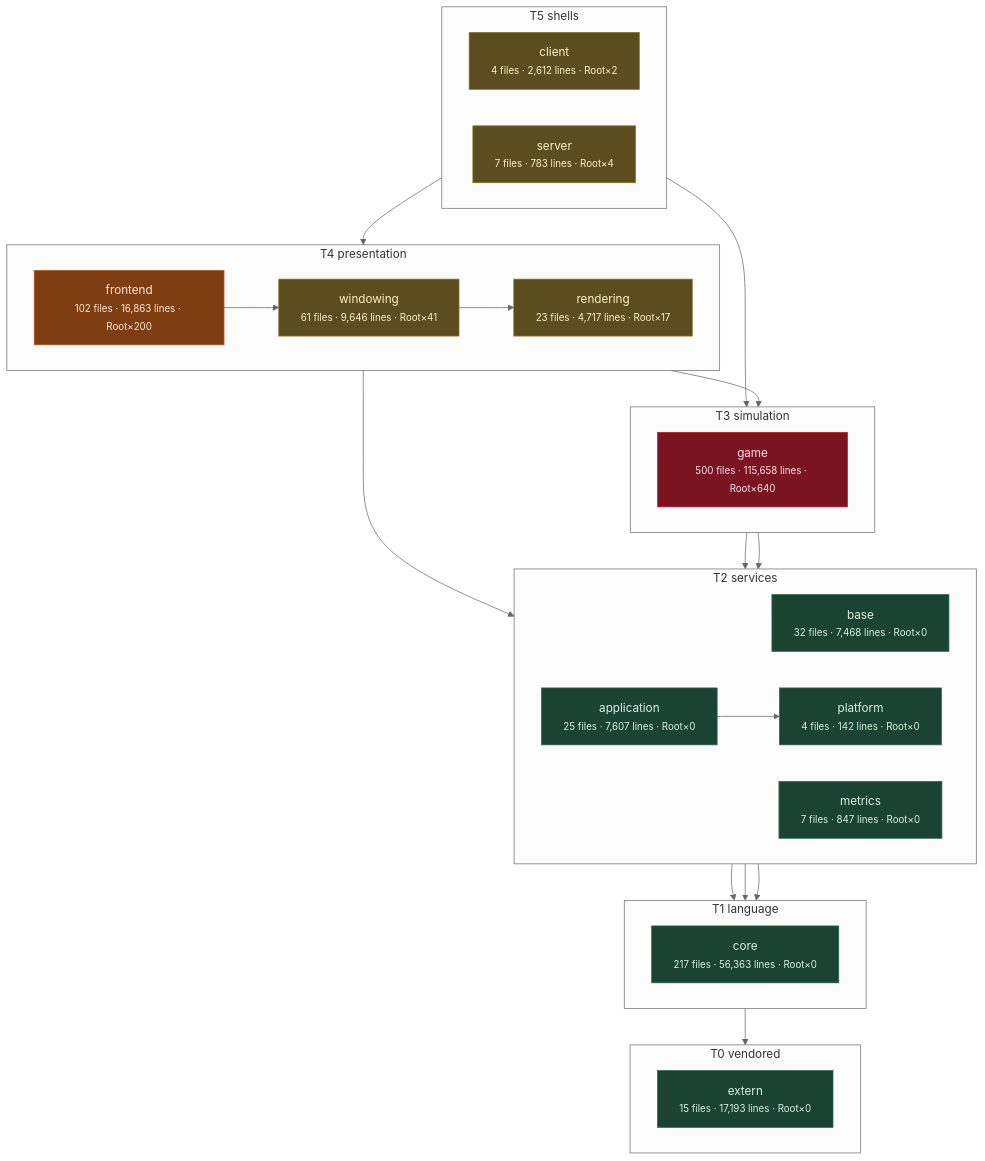
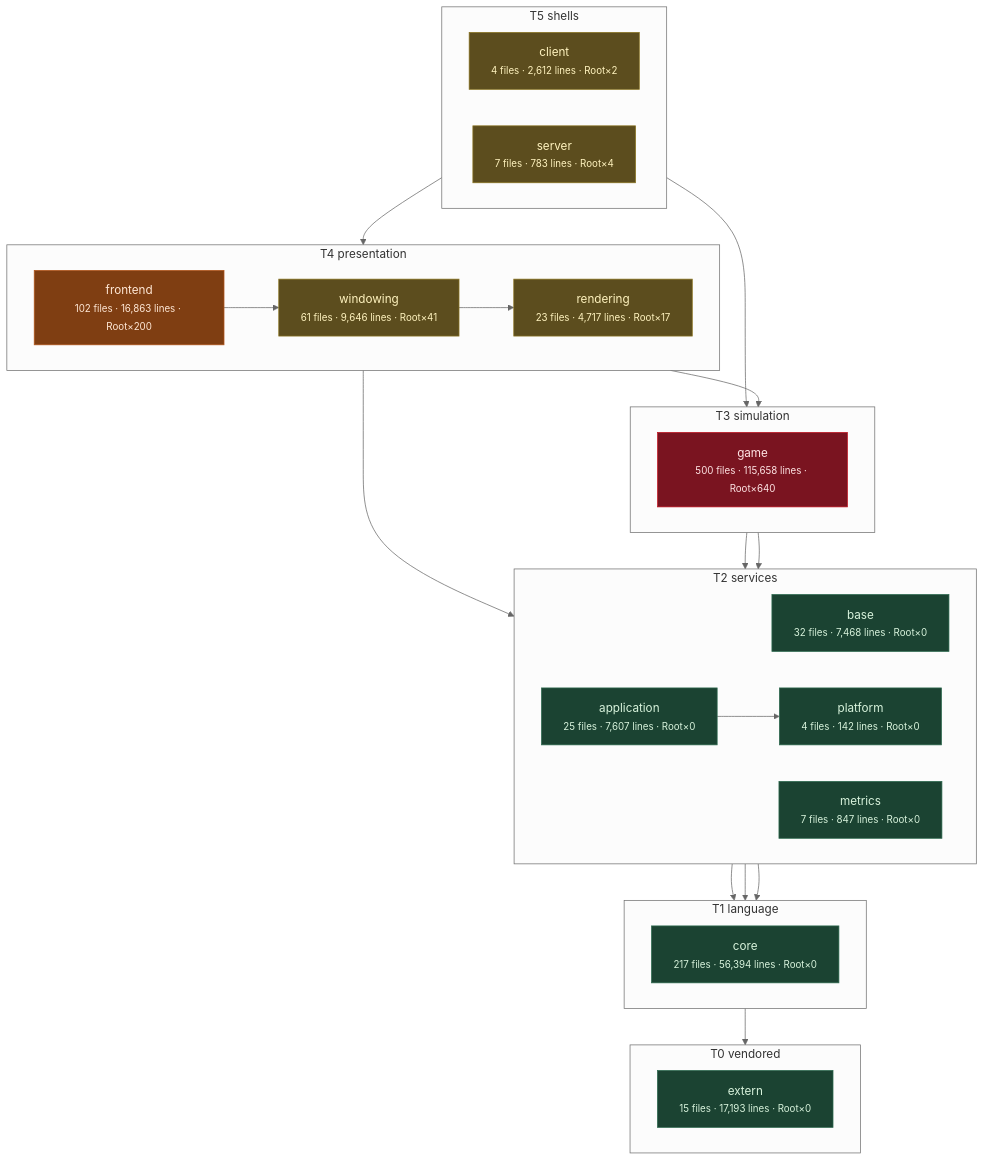
The third of 11 diagrams in docs/architecture/system-boundaries.md (apnex/OpenStarbound), drawn with Mermaid (neutral theme) before and after one commit. The commit also changed other lines of this file and 6 other files, not shown here.

````diff
--- a/docs/architecture/system-boundaries.md
+++ b/docs/architecture/system-boundaries.md
@@ -271,54 +271,54 @@
 ```mermaid
 flowchart TD
   subgraph T0["T0 vendored"]
     direction LR
     extern["extern<br/><small>15 files · 17,193 lines · Root×0</small>"]
   end
   subgraph T1["T1 language"]
     direction LR
-    core["core<br/><small>217 files · 56,363 lines · Root×0</small>"]
+    core["core<br/><small>217 files · 56,394 lines · Root×0</small>"]
   end
   subgraph T2["T2 services"]
     direction LR
     base["base<br/><small>32 files · 7,468 lines · Root×0</small>"]
     metrics["metrics<br/><small>7 files · 847 lines · Root×0</small>"]
     platform["platform<br/><small>4 files · 142 lines · Root×0</small>"]
     application["application<br/><small>25 files · 7,607 lines · Root×0</small>"]
   end
   subgraph T3["T3 simulation"]
     direction LR
     game["game<br/><small>500 files · 115,658 lines · Root×640</small>"]
   end
   subgraph T4["T4 presentation"]
     direction LR
     rendering["rendering<br/><small>23 files · 4,717 lines · Root×17</small>"]
     windowing["windowing<br/><small>61 files · 9,646 lines · Root×41</small>"]
     frontend["frontend<br/><small>102 files · 16,863 lines · Root×200</small>"]
   end
   subgraph T5["T5 shells"]
     direction LR
     client["client<br/><small>4 files · 2,612 lines · Root×2</small>"]
     server["server<br/><small>7 files · 783 lines · Root×4</small>"]
   end
   core --> extern
   base --> core
   metrics --> core
   platform --> core
   application --> platform
   game --> base
   game --> platform
   rendering --> application
   rendering --> game
   windowing --> rendering
   frontend --> windowing
   client --> frontend
   server --> game
   classDef clean fill:#1b4332,stroke:#2d6a4f,color:#d8f3dc
   classDef warm  fill:#5c4d1e,stroke:#8a7420,color:#fff3bf
   classDef hot   fill:#7f3e12,stroke:#b5561b,color:#ffe8d6
   classDef blaze fill:#7a1420,stroke:#c1121f,color:#ffe5e5
   class extern,core,base,metrics,platform,application clean
   class rendering,windowing,client,server warm
   class frontend hot
   class game blaze
 ```
````
